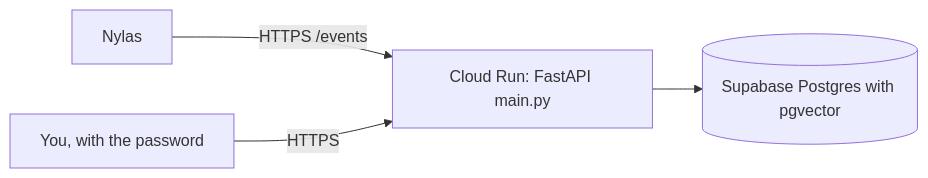
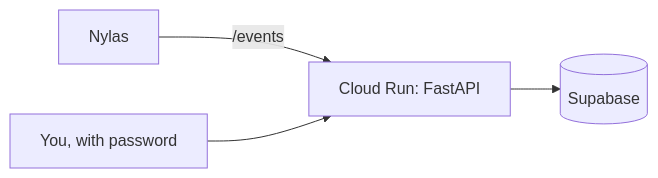
One commit to lindseypeng/ai-personal-assistant changed the diagram in README.md. Above: the diagram before and after it, drawn with Mermaid. The commit also changed other lines of this file and 1 other file, not shown here.

````diff
--- a/README.md
+++ b/README.md
@@ -51,6 +20,6 @@
 ```mermaid
 flowchart LR
-    N[Nylas] -->|HTTPS /events| R[Cloud Run: FastAPI main.py]
-    U[You, with the password] -->|HTTPS| R
-    R --> S[(Supabase Postgres with pgvector)]
+    N[Nylas] -->|/events| R[Cloud Run: FastAPI]
+    U[You, with password] --> R
+    R --> S[(Supabase)]
 ```
````
